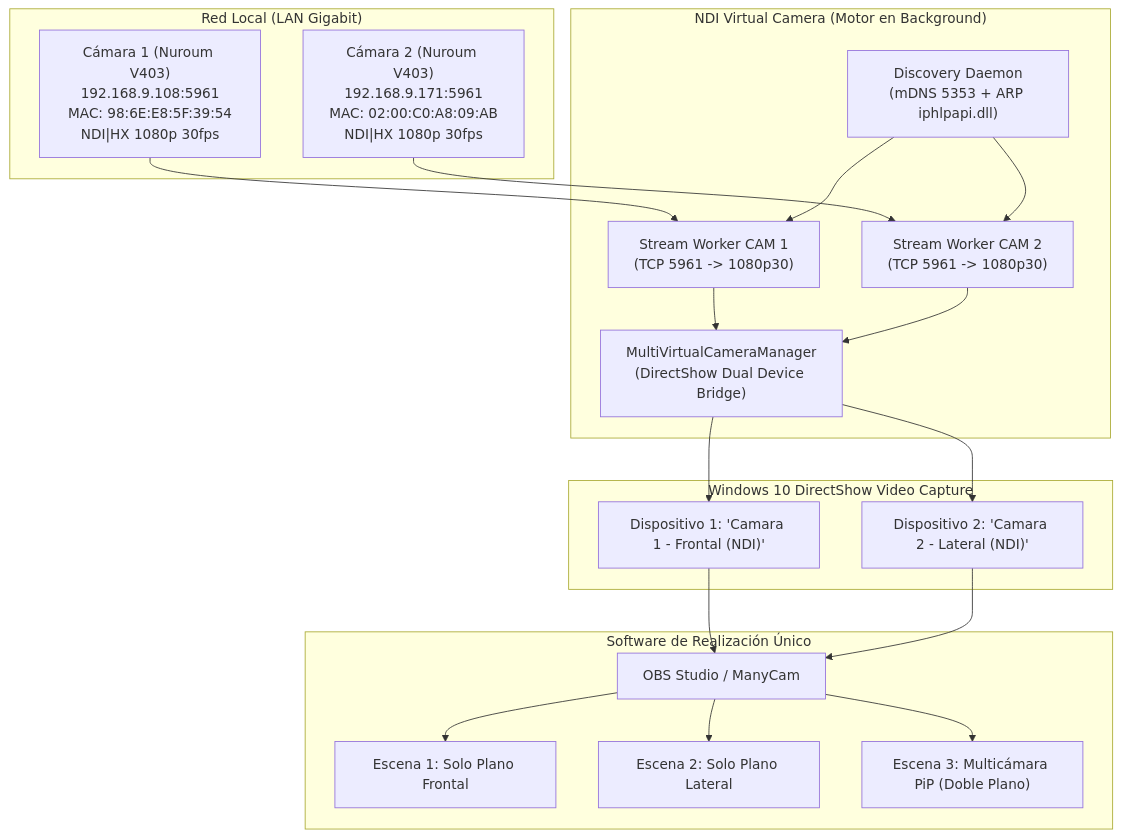
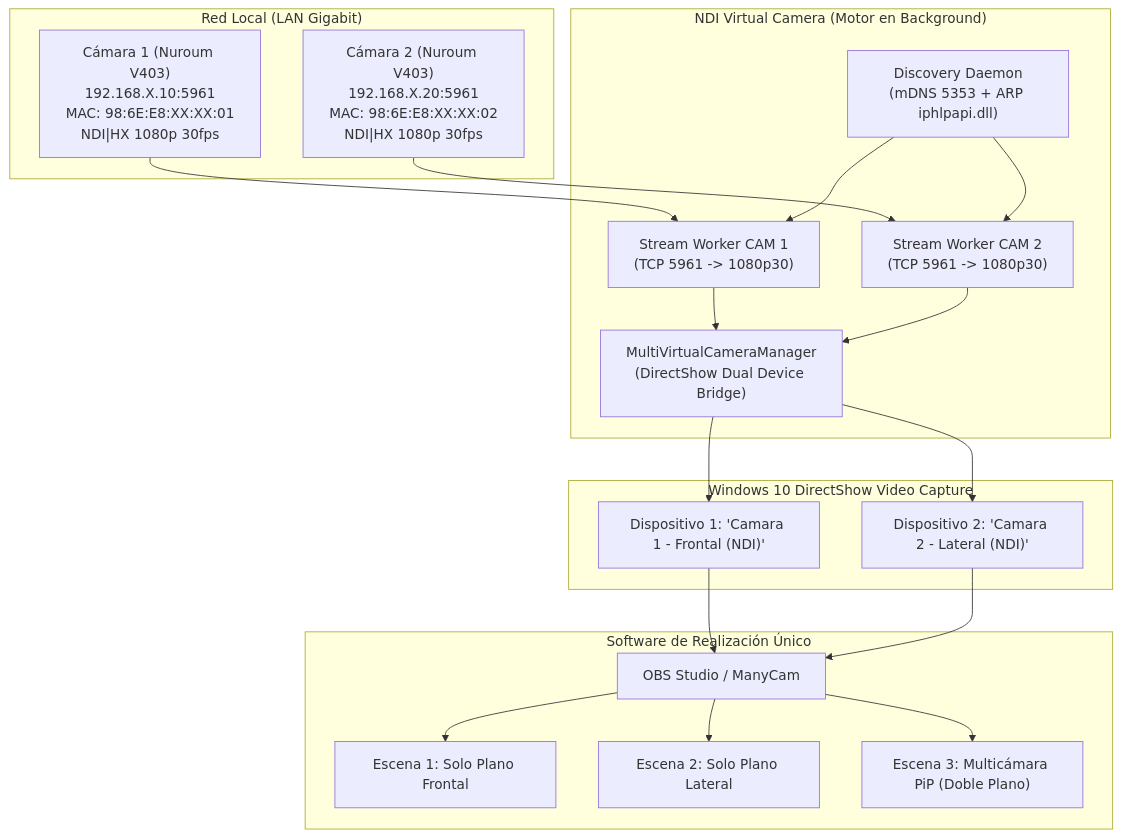
The diagram in DOCUMENTACION.md (vgisbert/ndi-multicam-virtual-camera), drawn with Mermaid before and after one commit. The commit also changed other lines of this file and 2 other files, not shown here.

````diff
--- a/DOCUMENTACION.md
+++ b/DOCUMENTACION.md
@@ -13,40 +13,41 @@
 ```mermaid
 flowchart TD
     subgraph LAN["Red Local (LAN Gigabit)"]
-        Cam1["Cámara 1 (Nuroum V403)<br/>192.168.9.108:5961<br/>MAC: 98:6E:E8:5F:39:54<br/>NDI|HX 1080p 30fps"]
-        Cam2["Cámara 2 (Nuroum V403)<br/>192.168.9.171:5961<br/>MAC: 02:00:C0:A8:09:AB<br/>NDI|HX 1080p 30fps"]
+        Cam1["Cámara 1 (Nuroum V403)<br/>192.168.X.10:5961<br/>MAC: 98:6E:E8:XX:XX:01<br/>NDI|HX 1080p 30fps"]
+        Cam2["Cámara 2 (Nuroum V403)<br/>192.168.X.20:5961<br/>MAC: 98:6E:E8:XX:XX:02<br/>NDI|HX 1080p 30fps"]
     end
+
 
     subgraph Core["NDI Virtual Camera (Motor en Background)"]
         Daemon["Discovery Daemon<br/>(mDNS 5353 + ARP iphlpapi.dll)"]
         Worker1["Stream Worker CAM 1<br/>(TCP 5961 -> 1080p30)"]
         Worker2["Stream Worker CAM 2<br/>(TCP 5961 -> 1080p30)"]
         MultiVCam["MultiVirtualCameraManager<br/>(DirectShow Dual Device Bridge)"]
     end
 
     subgraph DirectShow["Windows 10 DirectShow Video Capture"]
         Dev1["Dispositivo 1: 'Camara 1 - Frontal (NDI)'"]
         Dev2["Dispositivo 2: 'Camara 2 - Lateral (NDI)'"]
     end
 
     subgraph MasterApp["Software de Realización Único"]
         OBS["OBS Studio / ManyCam"]
         Escena1["Escena 1: Solo Plano Frontal"]
         Escena2["Escena 2: Solo Plano Lateral"]
         Escena3["Escena 3: Multicámara PiP (Doble Plano)"]
     end
 
     Cam1 --> Worker1
     Cam2 --> Worker2
     Daemon --> Worker1
     Daemon --> Worker2
     Worker1 --> MultiVCam
     Worker2 --> MultiVCam
     MultiVCam --> Dev1
     MultiVCam --> Dev2
     Dev1 --> OBS
     Dev2 --> OBS
     OBS --> Escena1
     OBS --> Escena2
     OBS --> Escena3
 ```
````
